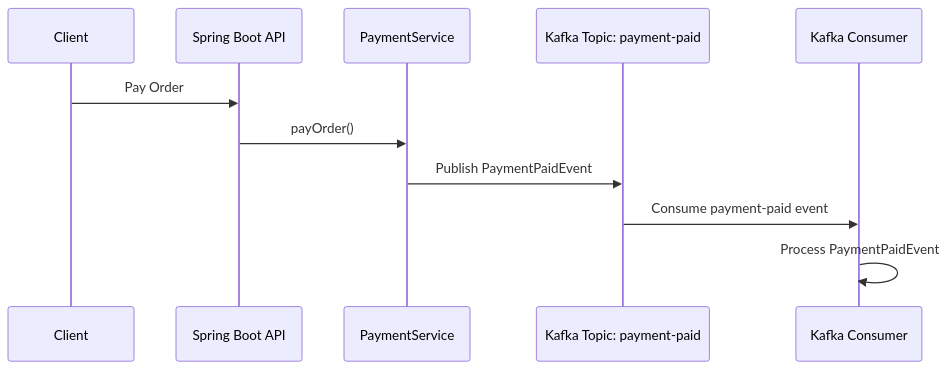
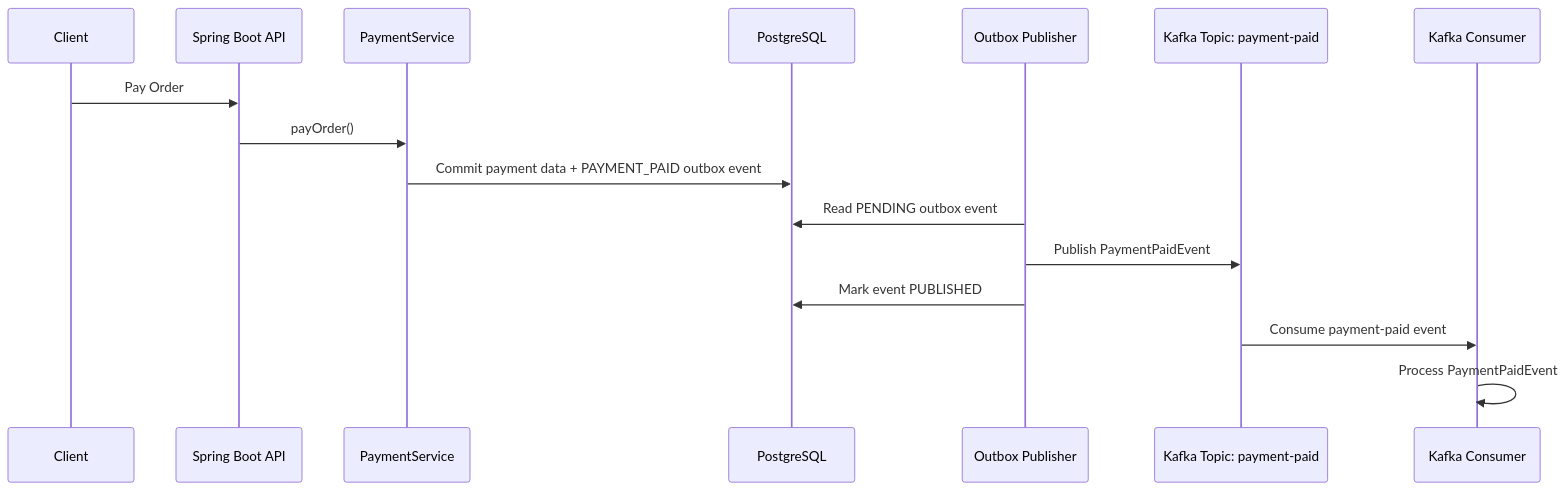
The second of 3 diagrams in README.md (ravan-chuang/spring-boot-ecommerce-backend), drawn with Mermaid before and after one commit. The commit also changed other lines of this file, not shown here.

Commit message:
docs: add transactional outbox and failure governance

````diff
--- a/README.md
+++ b/README.md
@@ -153,14 +161,19 @@
 ```mermaid
 sequenceDiagram
     participant Client
     participant API as Spring Boot API
     participant PaymentService
+    participant DB as PostgreSQL
+    participant Publisher as Outbox Publisher
     participant Kafka as Kafka Topic: payment-paid
     participant Consumer as Kafka Consumer
 
     Client->>API: Pay Order
     API->>PaymentService: payOrder()
-    PaymentService->>Kafka: Publish PaymentPaidEvent
+    PaymentService->>DB: Commit payment data + PAYMENT_PAID outbox event
+    Publisher->>DB: Read PENDING outbox event
+    Publisher->>Kafka: Publish PaymentPaidEvent
+    Publisher->>DB: Mark event PUBLISHED
     Kafka->>Consumer: Consume payment-paid event
     Consumer->>Consumer: Process PaymentPaidEvent
 ```
````
